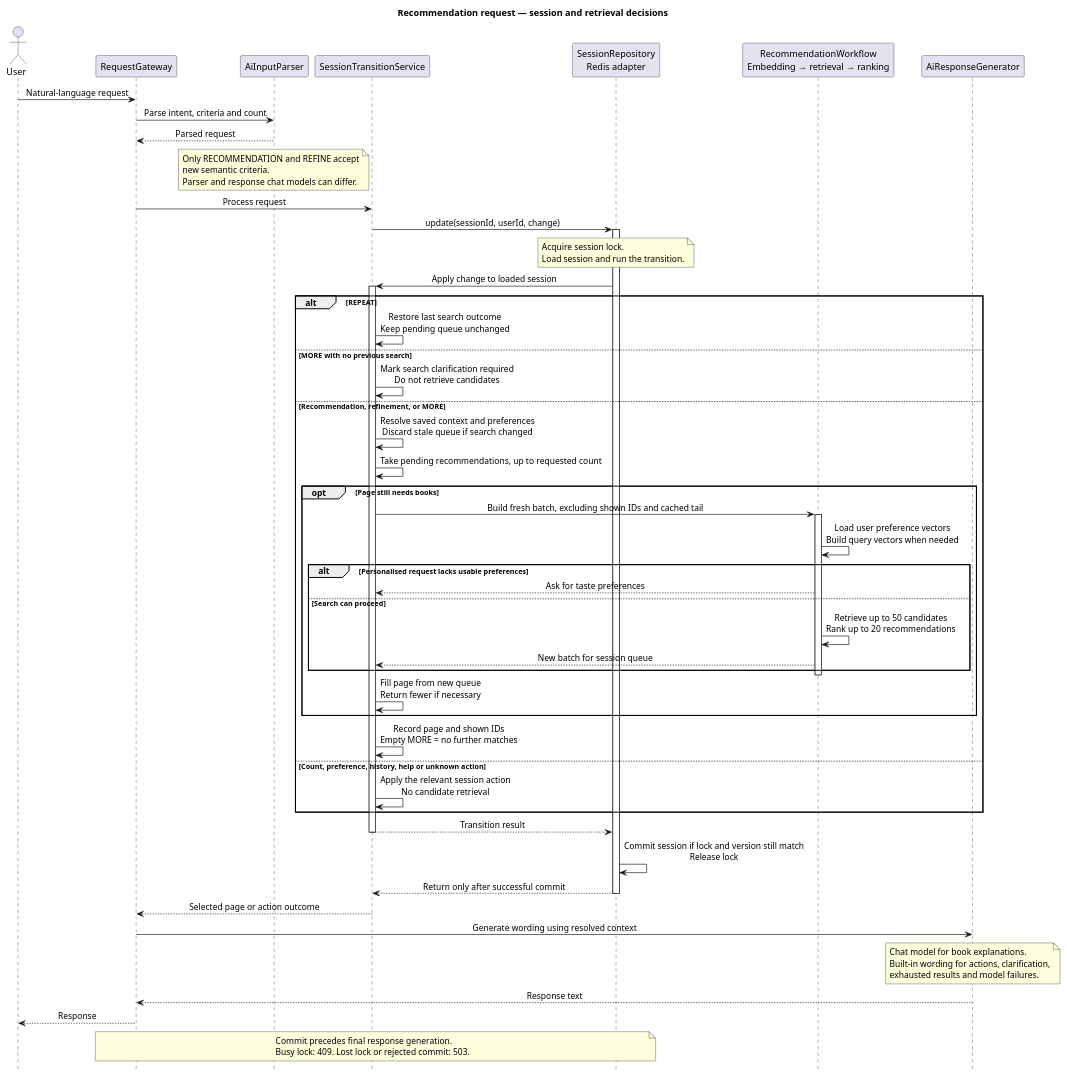
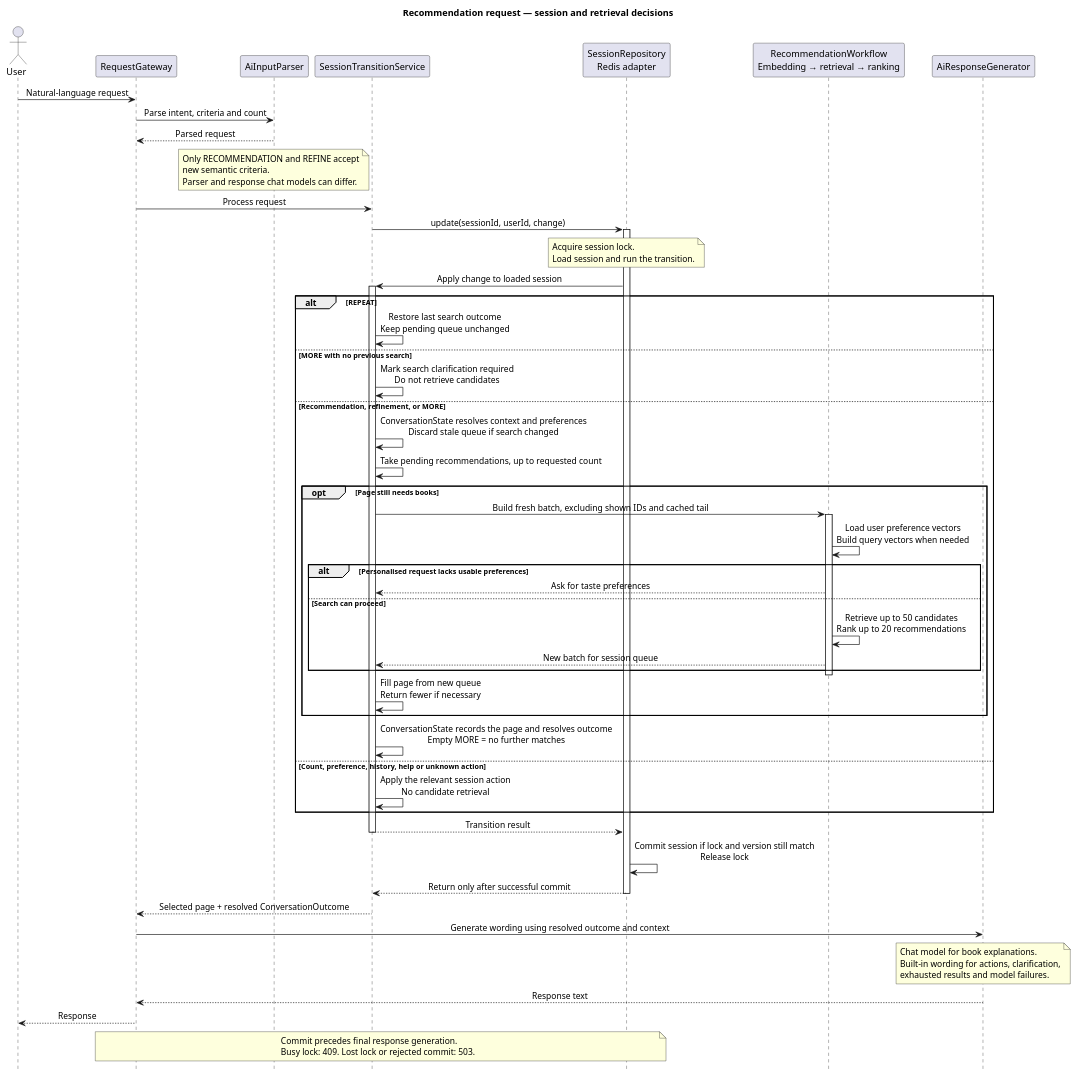
Before and after one commit to Juliu9/IT-Project: the diagram in docs/diagrams/recommendation-flow.puml, drawn with PlantUML. The commit also changed 19 other files, not shown here.

Commit message:
ConversationState now owns conversation policy. SessionTransitionService retains locking, paging, retrieval, and timing. Response generation consumes a resolved ConversationOutcome.

```diff
--- a/docs/diagrams/recommendation-flow.puml
+++ b/docs/diagrams/recommendation-flow.puml
@@ -1,78 +1,78 @@
 @startuml
 title Recommendation request — session and retrieval decisions
 skinparam backgroundColor #FFFFFF
 skinparam shadowing false
 skinparam defaultFontName SansSerif
 skinparam sequenceMessageAlign center
 hide footbox
 
 actor User
 participant RequestGateway as Gateway
 participant AiInputParser as Parser
 participant SessionTransitionService as Transition
 participant "SessionRepository\nRedis adapter" as Sessions
 participant "RecommendationWorkflow\nEmbedding → retrieval → ranking" as Workflow
 participant AiResponseGenerator as Response
 
 User -> Gateway : Natural-language request
 Gateway -> Parser : Parse intent, criteria and count
 Parser --> Gateway : Parsed request
 note over Parser
   Only RECOMMENDATION and REFINE accept
   new semantic criteria.
   Parser and response chat models can differ.
 end note
 Gateway -> Transition : Process request
 Transition -> Sessions : update(sessionId, userId, change)
 activate Sessions
 note over Sessions
   Acquire session lock.
   Load session and run the transition.
 end note
 Sessions -> Transition : Apply change to loaded session
 activate Transition
 
 alt REPEAT
   Transition -> Transition : Restore last search outcome\nKeep pending queue unchanged
 else MORE with no previous search
   Transition -> Transition : Mark search clarification required\nDo not retrieve candidates
 else Recommendation, refinement, or MORE
-  Transition -> Transition : Resolve saved context and preferences\nDiscard stale queue if search changed
+  Transition -> Transition : ConversationState resolves context and preferences\nDiscard stale queue if search changed
   Transition -> Transition : Take pending recommendations, up to requested count
   opt Page still needs books
     Transition -> Workflow : Build fresh batch, excluding shown IDs and cached tail
     activate Workflow
     Workflow -> Workflow : Load user preference vectors\nBuild query vectors when needed
     alt Personalised request lacks usable preferences
       Workflow --> Transition : Ask for taste preferences
     else Search can proceed
       Workflow -> Workflow : Retrieve up to 50 candidates\nRank up to 20 recommendations
       Workflow --> Transition : New batch for session queue
     end
     deactivate Workflow
     Transition -> Transition : Fill page from new queue\nReturn fewer if necessary
   end
-  Transition -> Transition : Record page and shown IDs\nEmpty MORE = no further matches
+  Transition -> Transition : ConversationState records the page and resolves outcome\nEmpty MORE = no further matches
 else Count, preference, history, help or unknown action
   Transition -> Transition : Apply the relevant session action\nNo candidate retrieval
 end
 
 Transition --> Sessions : Transition result
 deactivate Transition
 Sessions -> Sessions : Commit session if lock and version still match\nRelease lock
 Sessions --> Transition : Return only after successful commit
 deactivate Sessions
-Transition --> Gateway : Selected page or action outcome
-Gateway -> Response : Generate wording using resolved context
+Transition --> Gateway : Selected page + resolved ConversationOutcome
+Gateway -> Response : Generate wording using resolved outcome and context
 note over Response
   Chat model for book explanations.
   Built-in wording for actions, clarification,
   exhausted results and model failures.
 end note
 Response --> Gateway : Response text
 Gateway --> User : Response
 note over Gateway, Sessions
   Commit precedes final response generation.
   Busy lock: 409. Lost lock or rejected commit: 503.
 end note
 @enduml
```
